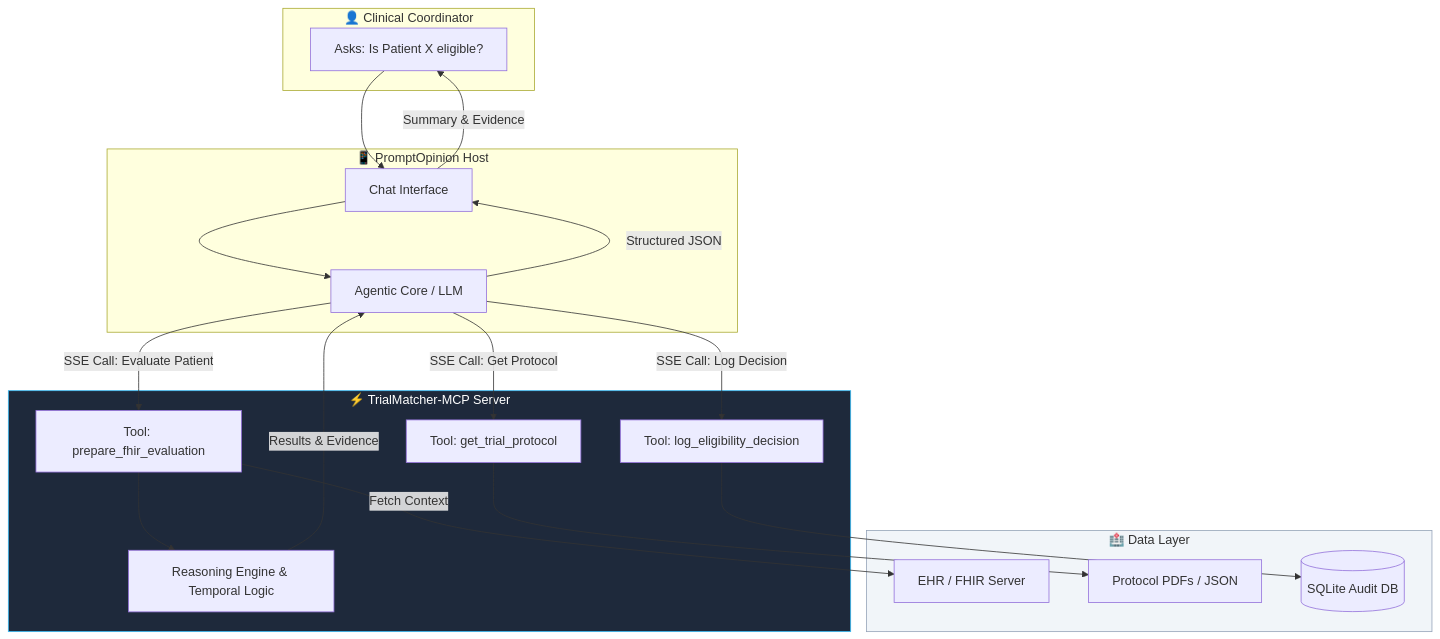
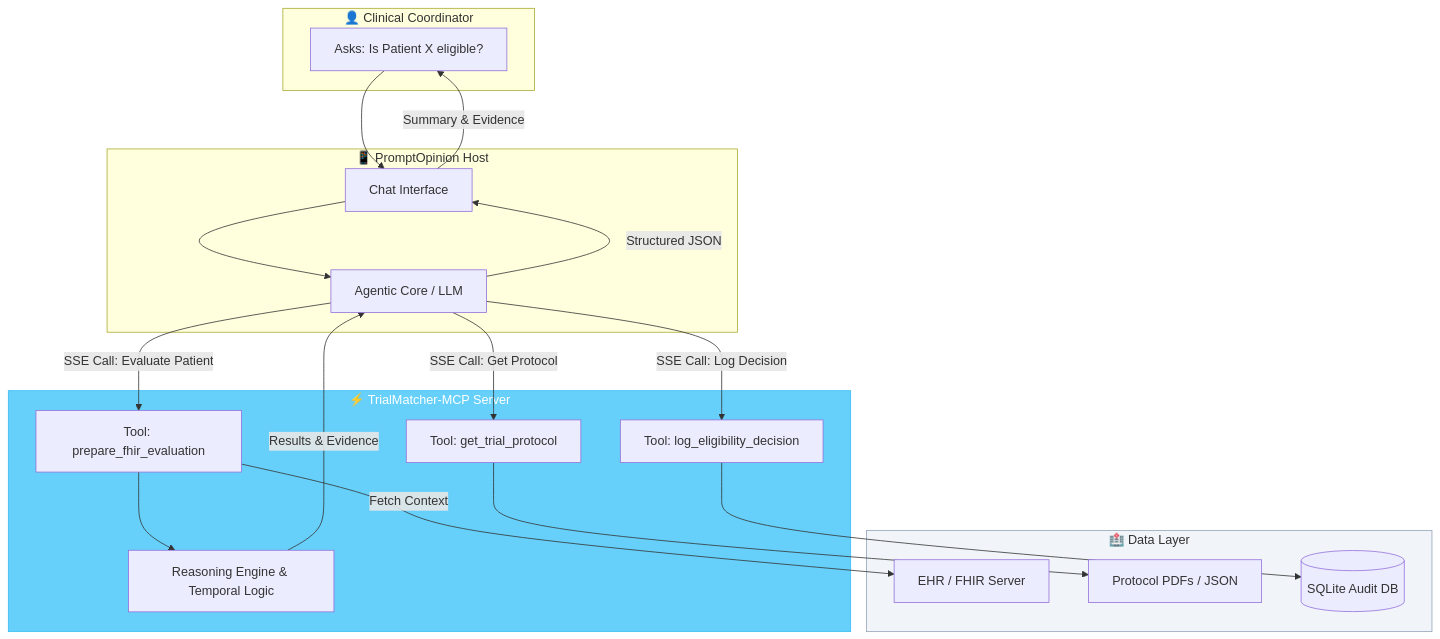
The first of 3 diagrams in README.md (jcordovaj/TrialMatcher), drawn with Mermaid before and after one commit.

Commit message:
Update MCP_Core style color in README

````diff
--- a/README.md
+++ b/README.md
@@ -17,46 +17,46 @@
 ```mermaid
 flowchart TD
     subgraph User_Actor [👤 Clinical Coordinator]
         U1[Asks: Is Patient X eligible?]
     end
 
     subgraph PO_Platform [📱 PromptOpinion Host]
         UI[Chat Interface]
         LLM[Agentic Core / LLM]
     end
 
     subgraph MCP_Core [⚡ TrialMatcher-MCP Server]
         T1[Tool: get_trial_protocol]
         T2[Tool: prepare_fhir_evaluation]
         T3[Tool: log_eligibility_decision]
         LOGIC[Reasoning Engine & Temporal Logic]
     end
 
     subgraph Data_Sources [🏥 Data Layer]
         FHIR[EHR / FHIR Server]
         PDF[Protocol PDFs / JSON]
         DB[(SQLite Audit DB)]
     end
 
     %% Flow
     U1 --> UI
     UI --> LLM
 
     LLM --"SSE Call: Get Protocol"--> T1
     T1 --> PDF
 
     LLM --"SSE Call: Evaluate Patient"--> T2
     T2 --"Fetch Context"--> FHIR
     T2 --> LOGIC
 
     LOGIC -->|Results & Evidence| LLM
 
     LLM --"SSE Call: Log Decision"--> T3
     T3 --> DB
 
     LLM -->|Structured JSON| UI
     UI -->|Summary & Evidence| U1
 
-    style MCP_Core fill:#1e293b,stroke:#38bdf8,color:#fff
+    style MCP_Core fill:#66d0fa,stroke:#38bdf8,color:#fff
     style Data_Sources fill:#f1f5f9,stroke:#94a3b8
 ```
````
